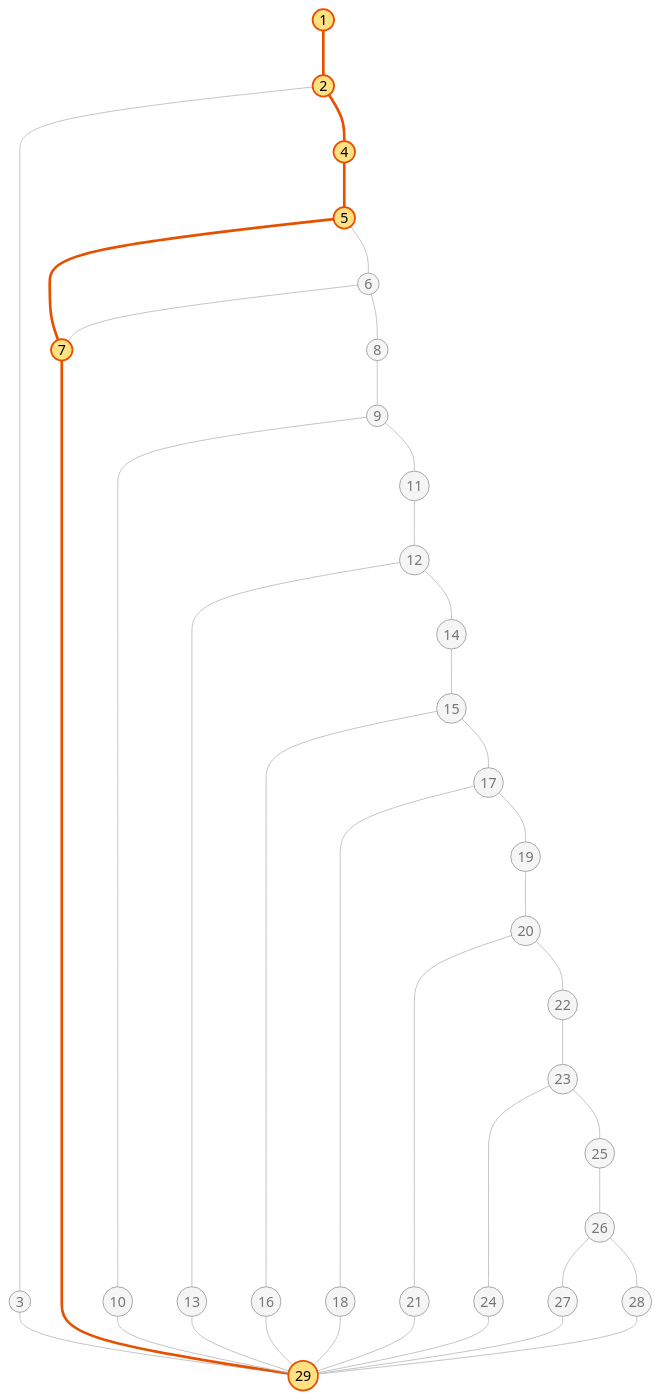
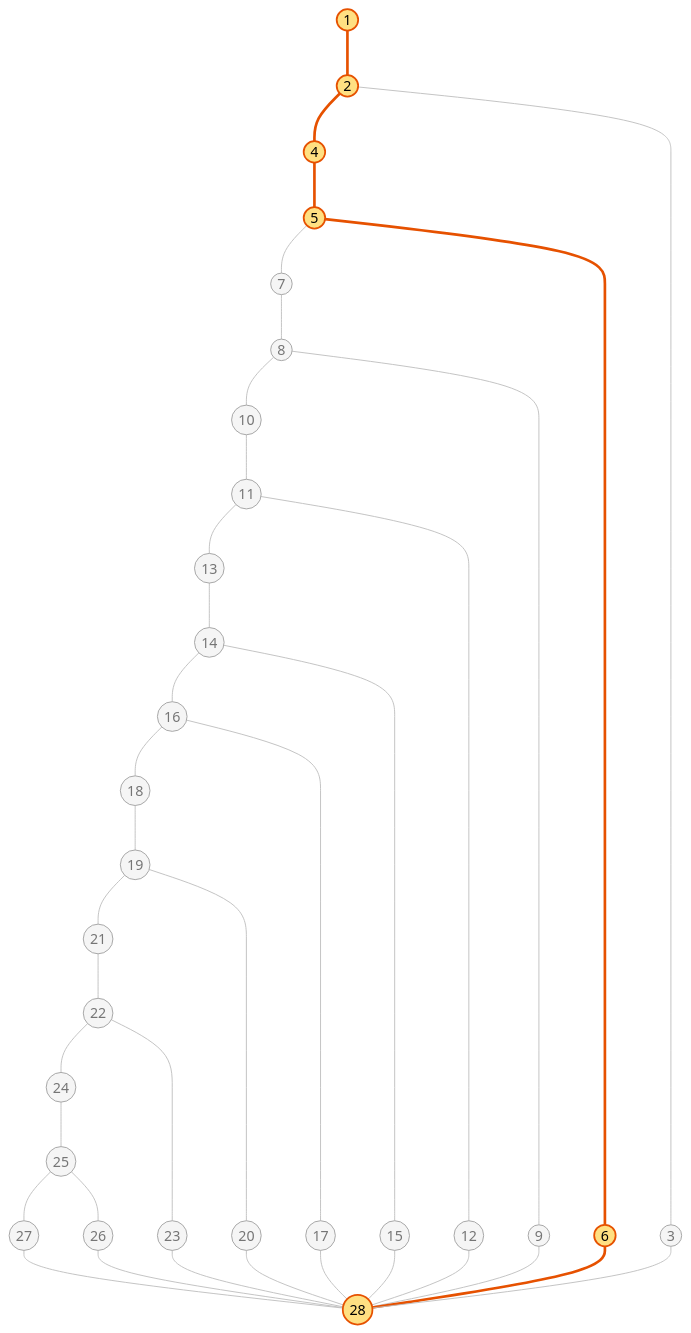
One commit to bloedige/itdb_ctf changed the third of 11 diagrams in tests/docs/caja_blanca_01_enviar_flag.md. Above: the diagram before and after it, drawn with Mermaid (base theme). The commit also changed other lines of this file and 47 other files, not shown here.

````diff
--- a/tests/docs/caja_blanca_01_enviar_flag.md
+++ b/tests/docs/caja_blanca_01_enviar_flag.md
@@ -197,46 +218,44 @@
 ```mermaid
 graph TD
     n1((1)) --- n2((2))
-    n2 --- n3((3))
-    n3 --- n29((29))
     n2 --- n4((4))
     n4 --- n5((5))
     n5 --- n7((7))
-    n7 --- n29
+    n7 --- n8((8))
+    n8 --- n10((10))
+    n10 --- n11((11))
+    n11 --- n13((13))
+    n13 --- n14((14))
+    n14 --- n16((16))
+    n16 --- n18((18))
+    n18 --- n19((19))
+    n19 --- n21((21))
+    n21 --- n22((22))
+    n22 --- n24((24))
+    n24 --- n25((25))
+    n25 --- n27((27))
+    n27 --- n28((28))
+    n25 --- n26((26))
+    n26 --- n28
+    n22 --- n23((23))
+    n23 --- n28
+    n19 --- n20((20))
+    n20 --- n28
+    n16 --- n17((17))
+    n17 --- n28
+    n14 --- n15((15))
+    n15 --- n28
+    n11 --- n12((12))
+    n12 --- n28
+    n8 --- n9((9))
+    n9 --- n28
     n5 --- n6((6))
-    n6 --- n7
-    n6 --- n8((8))
-    n8 --- n9((9))
-    n9 --- n10((10))
-    n10 --- n29
-    n9 --- n11((11))
-    n11 --- n12((12))
-    n12 --- n13((13))
-    n13 --- n29
-    n12 --- n14((14))
-    n14 --- n15((15))
-    n15 --- n16((16))
-    n16 --- n29
-    n15 --- n17((17))
-    n17 --- n18((18))
-    n18 --- n29
-    n17 --- n19((19))
-    n19 --- n20((20))
-    n20 --- n21((21))
-    n21 --- n29
-    n20 --- n22((22))
-    n22 --- n23((23))
-    n23 --- n24((24))
-    n24 --- n29
-    n23 --- n25((25))
-    n25 --- n26((26))
-    n26 --- n27((27))
-    n27 --- n29
-    n26 --- n28((28))
-    n28 --- n29
+    n6 --- n28
+    n2 --- n3((3))
+    n3 --- n28
     classDef default fill:#f5f5f5,stroke:#9e9e9e,color:#757575
     classDef camino fill:#ffe082,stroke:#e65100,stroke-width:2px,color:#000
-    class n1,n2,n4,n5,n7,n29 camino
+    class n1,n2,n4,n5,n6,n28 camino
     linkStyle default stroke:#bdbdbd,stroke-width:1px
-    linkStyle 0,3,4,5,6 stroke:#e65100,stroke-width:3px
+    linkStyle 0,1,2,32,33 stroke:#e65100,stroke-width:3px
 ```
````
